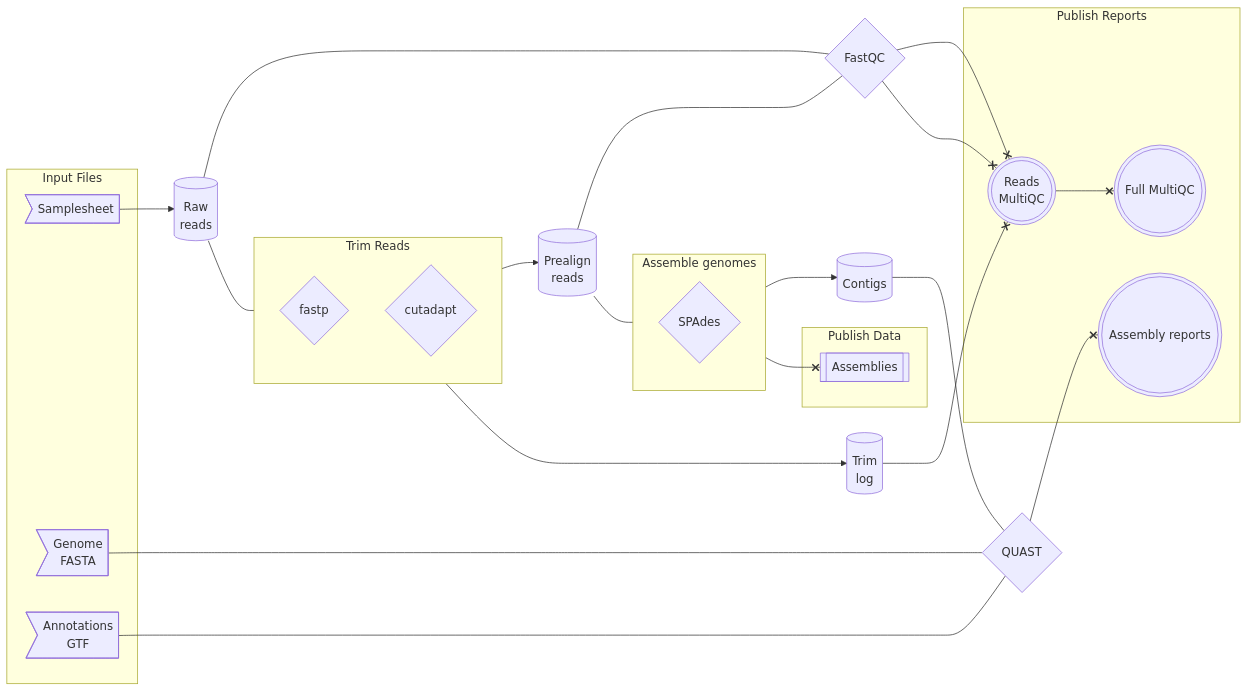
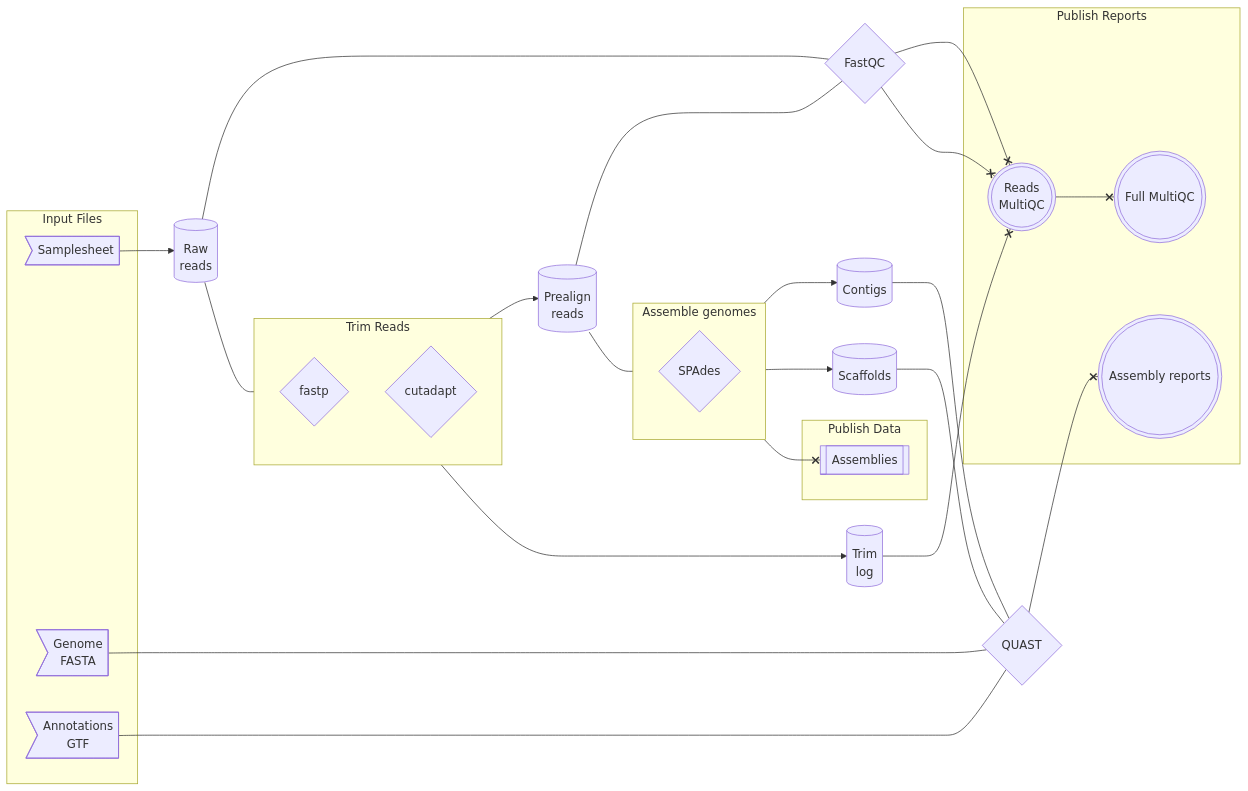
One commit to utia-gc/assemble-isolate-genomes changed the diagram in README.md. Above: the diagram before and after it, drawn with Mermaid. The commit also changed 6 other files, not shown here.

First line of the commit message:
change: contigs and scaffolds as quast input (#7)

```diff
--- a/README.md
+++ b/README.md
@@ -41,6 +41,9 @@
     ")]
     contigs[("
         Contigs
+    ")]
+    scaffolds[("
+        Scaffolds
     ")]
 
     %% list all the Nextflow processes
@@ -100,12 +103,15 @@
 
     %% genome assembly workflow
     prealign_reads --- assemble_genomes --> contigs
+    assemble_genomes --> scaffolds
     assemble_genomes --x assemblies
 
     %% genome assembly QC workflow
     genome_fasta --- quast
     annotations_gtf --- quast
-    contigs --- quast --x assembly_reports
+    contigs --- quast
+    scaffolds --- quast
+    quast --x assembly_reports
 
     %% Full MultiQC
     reads_mqc --x full_mqc
```
